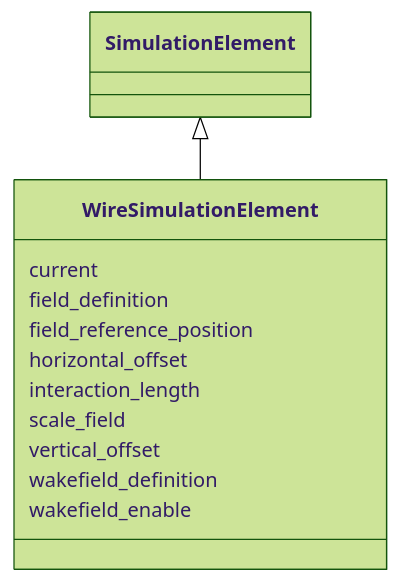
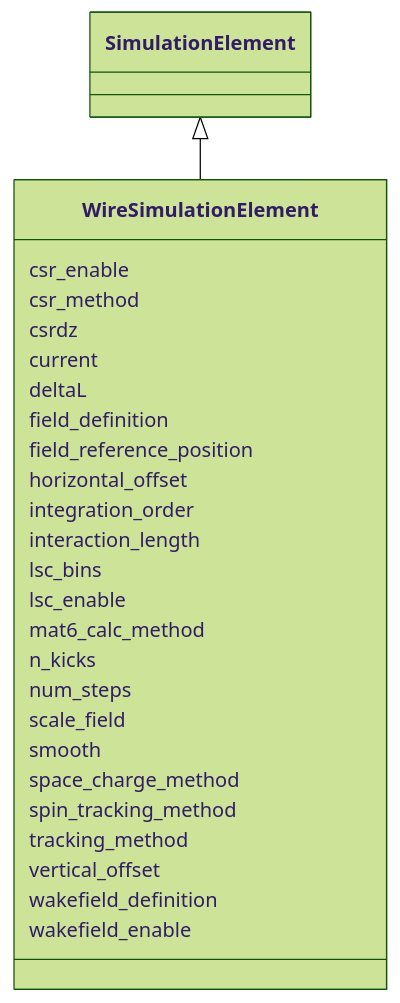
The diagram in docs/source/schema/WireSimulationElement.md (astec-stfc/laura), drawn with Mermaid (forest theme) before and after one commit. The commit also changed other lines of this file and 63 other files, not shown here.

Commit message:
updatedn schema to consolidate SimulationElement parameters that were shared among subclasses; implemented tracking methods for bmad

````diff
--- a/docs/source/schema/WireSimulationElement.md
+++ b/docs/source/schema/WireSimulationElement.md
@@ -18,27 +18,55 @@
 ```mermaid
  classDiagram
     class WireSimulationElement
     click WireSimulationElement href "../WireSimulationElement/"
       SimulationElement <|-- WireSimulationElement
         click SimulationElement href "../SimulationElement/"
-      
+
+      WireSimulationElement : csr_enable
+
+      WireSimulationElement : csr_method
+
+      WireSimulationElement : csrdz
+
       WireSimulationElement : current
-        
+
+      WireSimulationElement : deltaL
+
       WireSimulationElement : field_definition
-        
+
       WireSimulationElement : field_reference_position
-        
+
       WireSimulationElement : horizontal_offset
-        
+
+      WireSimulationElement : integration_order
+
       WireSimulationElement : interaction_length
-        
+
+      WireSimulationElement : lsc_bins
+
+      WireSimulationElement : lsc_enable
+
+      WireSimulationElement : mat6_calc_method
+
+      WireSimulationElement : n_kicks
+
+      WireSimulationElement : num_steps
+
       WireSimulationElement : scale_field
-        
+
+      WireSimulationElement : smooth
+
+      WireSimulationElement : space_charge_method
+
+      WireSimulationElement : spin_tracking_method
+
+      WireSimulationElement : tracking_method
+
       WireSimulationElement : vertical_offset
-        
+
       WireSimulationElement : wakefield_definition
-        
+
       WireSimulationElement : wakefield_enable
-        
-      
+
+
 ```
````
